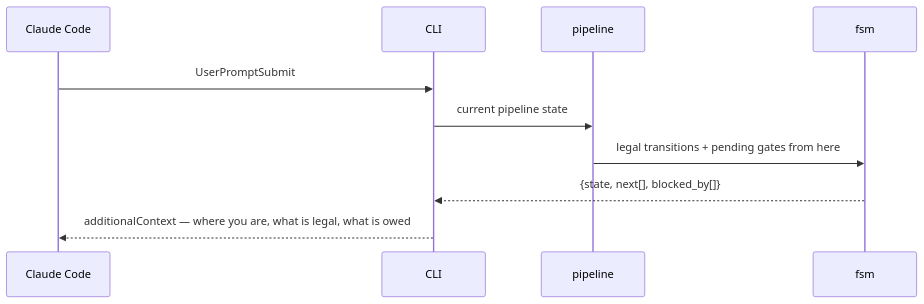
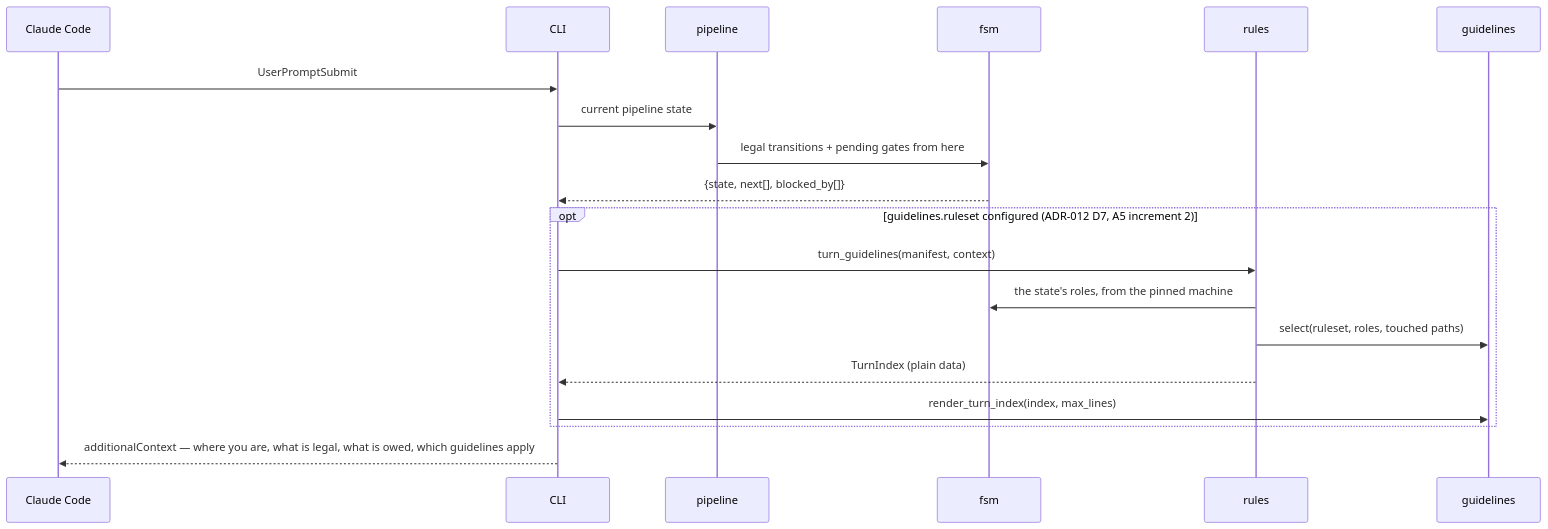
One commit to Mindchallenges/Invariant changed the fifth of 5 diagrams in docs/architecture/overview.md. Above: the diagram before and after it, drawn with Mermaid. The commit also changed other lines of this file and 6 other files, not shown here.

First line of the commit message:
Guidelines A5.2 - the turn layer: the capped guidelines index on every turn (IDEA_031)

````diff
--- a/docs/architecture/overview.md
+++ b/docs/architecture/overview.md
@@ -1725,13 +1732,22 @@
 ```mermaid
 sequenceDiagram
     participant H as Claude Code
     participant C as CLI
     participant P as pipeline
     participant F as fsm
+    participant R as rules
+    participant G as guidelines
 
     H->>C: UserPromptSubmit
     C->>P: current pipeline state
     P->>F: legal transitions + pending gates from here
     F-->>C: {state, next[], blocked_by[]}
-    C-->>H: additionalContext — where you are, what is legal, what is owed
+    opt guidelines.ruleset configured (ADR-012 D7, A5 increment 2)
+        C->>R: turn_guidelines(manifest, context)
+        R->>F: the state's roles, from the pinned machine
+        R->>G: select(ruleset, roles, touched paths)
+        R-->>C: TurnIndex (plain data)
+        C->>G: render_turn_index(index, max_lines)
+    end
+    C-->>H: additionalContext — where you are, what is legal, what is owed, which guidelines apply
 ```
````
